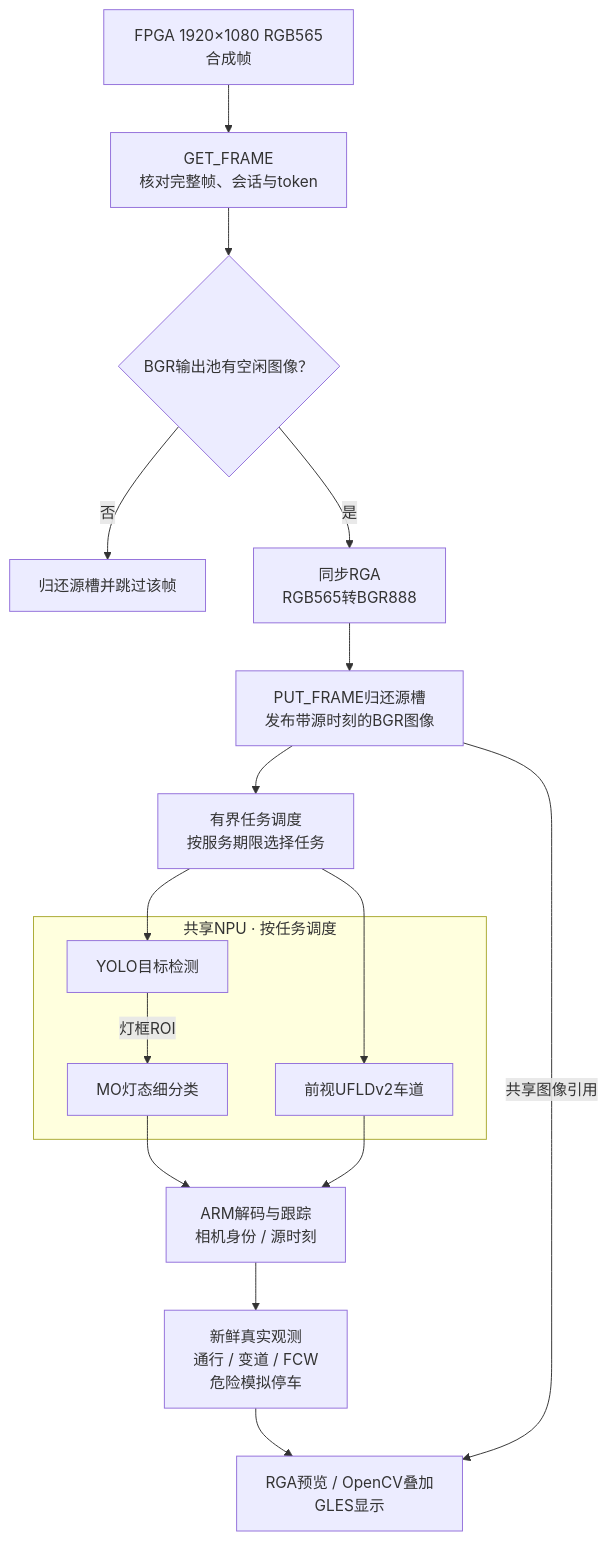
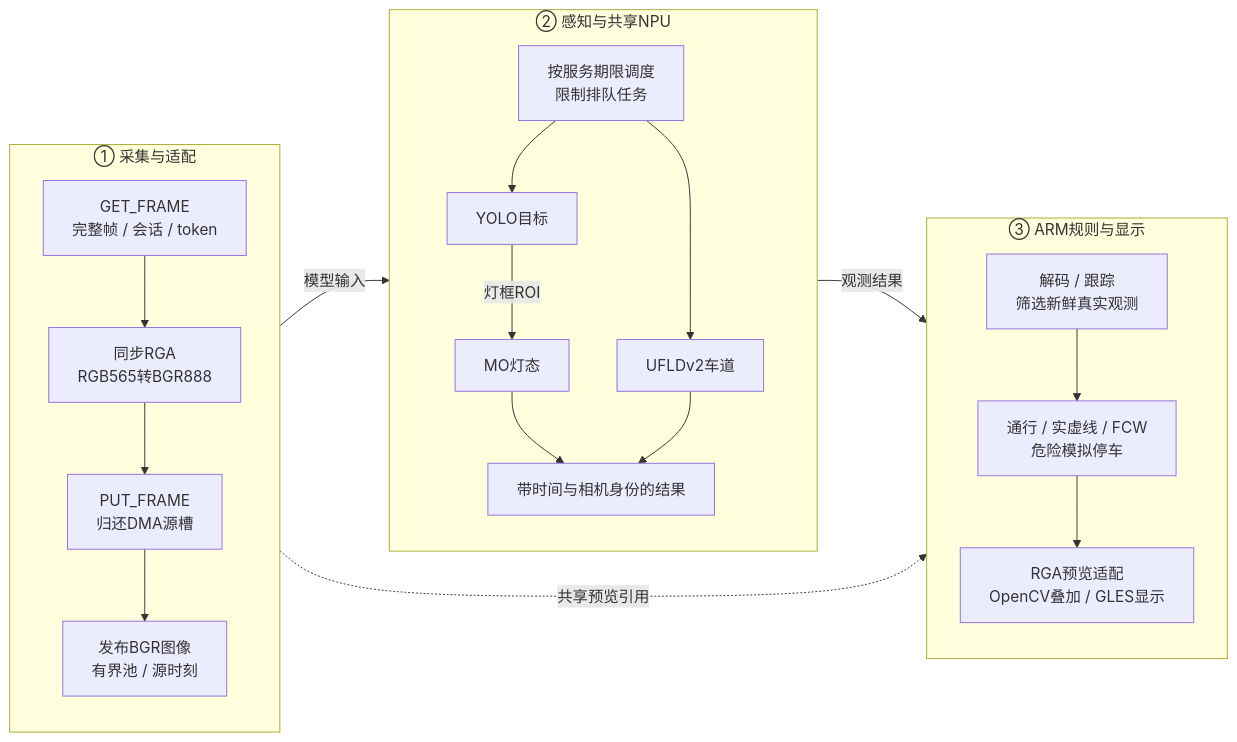
The diagram in board_v12/ARCHITECTURE.md (istiurosmadelgordont-cloud/RoadFusion-Edge), drawn with Mermaid before and after one commit. The commit also changed 5 other files, not shown here.

First line of the commit message:
docs: reflow architecture diagrams into horizontal stages

````diff
--- a/board_v12/ARCHITECTURE.md
+++ b/board_v12/ARCHITECTURE.md
@@ -7,28 +7,31 @@
 ```mermaid
-flowchart TB
-    INPUT["FPGA 1920×1080 RGB565合成帧"]
-    GET["GET_FRAME<br/>核对完整帧、会话与token"]
-    POOL{"BGR输出池有空闲图像？"}
-    DROP["归还源槽并跳过该帧"]
-    RGA["同步RGA<br/>RGB565转BGR888"]
-    PUT["PUT_FRAME归还源槽<br/>发布带源时刻的BGR图像"]
-    SCHED["有界任务调度<br/>按服务期限选择任务"]
-    subgraph NPU["共享NPU · 按任务调度"]
-        YOLO["YOLO目标检测"]
-        MO["MO灯态细分类"]
-        UFLD["前视UFLDv2车道"]
-        YOLO -->|灯框ROI| MO
+flowchart LR
+    subgraph INPUT["① 采集与适配"]
+        direction TB
+        GET["GET_FRAME<br/>完整帧 / 会话 / token"]
+        RGA["同步RGA<br/>RGB565转BGR888"]
+        PUT["PUT_FRAME<br/>归还DMA源槽"]
+        IMAGE["发布BGR图像<br/>有界池 / 源时刻"]
+        GET --> RGA --> PUT --> IMAGE
     end
-    TRACK["ARM解码与跟踪<br/>相机身份 / 源时刻"]
-    RULE["新鲜真实观测<br/>通行 / 变道 / FCW<br/>危险模拟停车"]
-    DRAW["RGA预览 / OpenCV叠加<br/>GLES显示"]
-    INPUT --> GET --> POOL
-    POOL -->|否| DROP
-    POOL -->|是| RGA --> PUT --> SCHED
-    SCHED --> YOLO
-    SCHED --> UFLD
-    MO --> TRACK
-    UFLD --> TRACK
-    TRACK --> RULE --> DRAW
-    PUT -->|共享图像引用| DRAW
+    subgraph PERCEPTION["② 感知与共享NPU"]
+        direction TB
+        SCHED["按服务期限调度<br/>限制排队任务"]
+        YOLO["YOLO目标"]
+        MO["MO灯态"]
+        UFLD["UFLDv2车道"]
+        RESULT["带时间与相机身份的结果"]
+        SCHED --> YOLO -->|灯框ROI| MO --> RESULT
+        SCHED --> UFLD --> RESULT
+    end
+    subgraph OUTPUT["③ ARM规则与显示"]
+        direction TB
+        TRACK["解码 / 跟踪<br/>筛选新鲜真实观测"]
+        RULE["通行 / 实虚线 / FCW<br/>危险模拟停车"]
+        DRAW["RGA预览适配<br/>OpenCV叠加 / GLES显示"]
+        TRACK --> RULE --> DRAW
+    end
+    INPUT -->|模型输入| PERCEPTION
+    PERCEPTION -->|观测结果| OUTPUT
+    INPUT -.->|共享预览引用| OUTPUT
 ```
````
